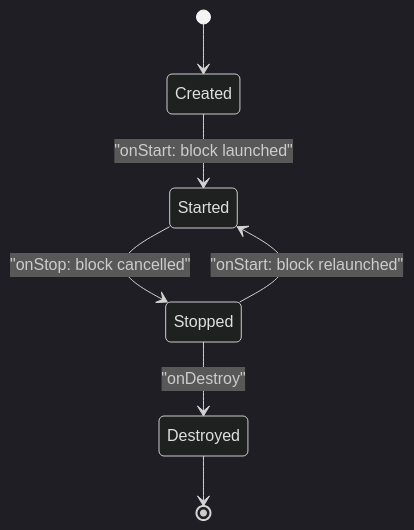
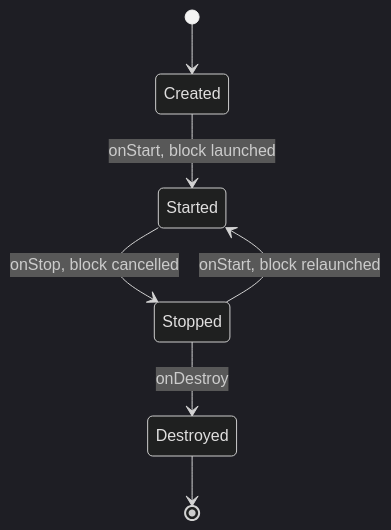
The second of 6 diagrams in topics/04-flow.md (AkshayAshokCode/Android-Interview-Questions-cheat-sheet), drawn with Mermaid (dark theme) before and after one commit. The commit also changed other lines of this file and 3 other files, not shown here.

````diff
--- a/topics/04-flow.md
+++ b/topics/04-flow.md
@@ -306,9 +306,9 @@
 ```mermaid
 stateDiagram-v2
     [*] --> Created
-    Created --> Started: "onStart: block launched"
-    Started --> Stopped: "onStop: block cancelled"
-    Stopped --> Started: "onStart: block relaunched"
-    Stopped --> Destroyed: "onDestroy"
+    Created --> Started: onStart, block launched
+    Started --> Stopped: onStop, block cancelled
+    Stopped --> Started: onStart, block relaunched
+    Stopped --> Destroyed: onDestroy
     Destroyed --> [*]
 ```
````
